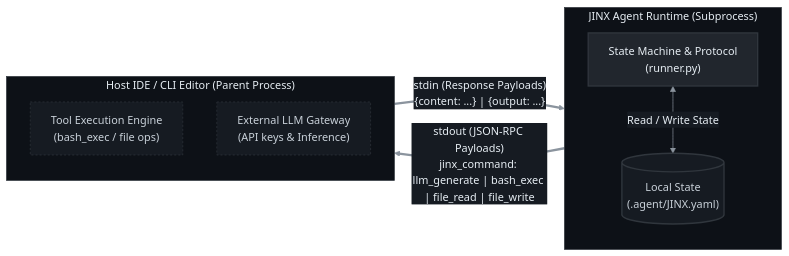
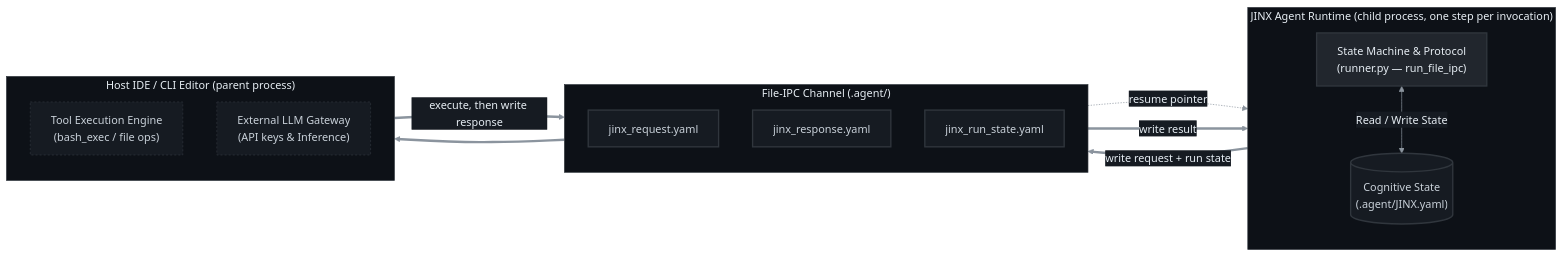
The first of 5 diagrams in README.md (apxgpt/agent), drawn with Mermaid before and after one commit. The commit also changed other lines of this file and 24 other files, not shown here.

````diff
--- a/README.md
+++ b/README.md
@@ -22,25 +43,36 @@
 ```mermaid
 %%{init: {'theme': 'base', 'themeVariables': {"darkMode": true, "background": "#0d1117", "primaryColor": "#21262d", "primaryTextColor": "#e6edf3", "primaryBorderColor": "#8b949e", "lineColor": "#8b949e", "textColor": "#e6edf3", "edgeLabelBackground": "#161b22", "mainBkg": "#21262d", "nodeBorder": "#8b949e", "nodeTextColor": "#e6edf3"}}}%%
 flowchart LR
     classDef sub fill:#161b22,stroke:#30363d,stroke-dasharray: 3 3,color:#c9d1d9;
     classDef state fill:#21262d,stroke:#30363d,stroke-width:2px,color:#e6edf3;
     classDef yaml fill:#161b22,stroke:#30363d,stroke-width:2px,color:#c9d1d9;
 
-    subgraph JINX["JINX Agent Runtime (Subprocess)"]
+    subgraph JINX["JINX Agent Runtime (child process, one step per invocation)"]
         direction TB
-        SM["State Machine & Protocol<br/>(runner.py)"]:::state
-        DB[("Local State<br/>(.agent/JINX.yaml)")]:::yaml
+        SM["State Machine & Protocol<br/>(runner.py — run_file_ipc)"]:::state
+        DB[("Cognitive State<br/>(.agent/JINX.yaml)")]:::yaml
         SM <-->|"Read / Write State"| DB
     end
     style JINX fill:#0d1117,stroke:#30363d,color:#e6edf3
 
-    subgraph HOST["Host IDE / CLI Editor (Parent Process)"]
+    subgraph IPC["File-IPC Channel (.agent/)"]
+        direction TB
+        REQ["jinx_request.yaml"]:::yaml
+        RSP["jinx_response.yaml"]:::yaml
+        RUN["jinx_run_state.yaml"]:::yaml
+    end
+    style IPC fill:#0d1117,stroke:#30363d,color:#e6edf3
+
+    subgraph HOST["Host IDE / CLI Editor (parent process)"]
         direction TB
         EXE["Tool Execution Engine<br/>(bash_exec / file ops)"]:::sub
         LLM["External LLM Gateway<br/>(API keys & Inference)"]:::sub
     end
     style HOST fill:#0d1117,stroke:#30363d,color:#e6edf3
 
-    SM ==>|"stdout (JSON-RPC Payloads)<br/>jinx_command: llm_generate | bash_exec | file_read | file_write"| HOST
-    HOST ==>|"stdin (Response Payloads)<br/>{content: ...} | {output: ...}"| SM
+    SM ==>|"write request + run state"| REQ
+    RUN -.->|"resume pointer"| SM
+    RSP ==>|"write result"| SM
+    REQ ==> HOST
+    HOST ==>|"execute, then write response"| RSP
 ```
````
